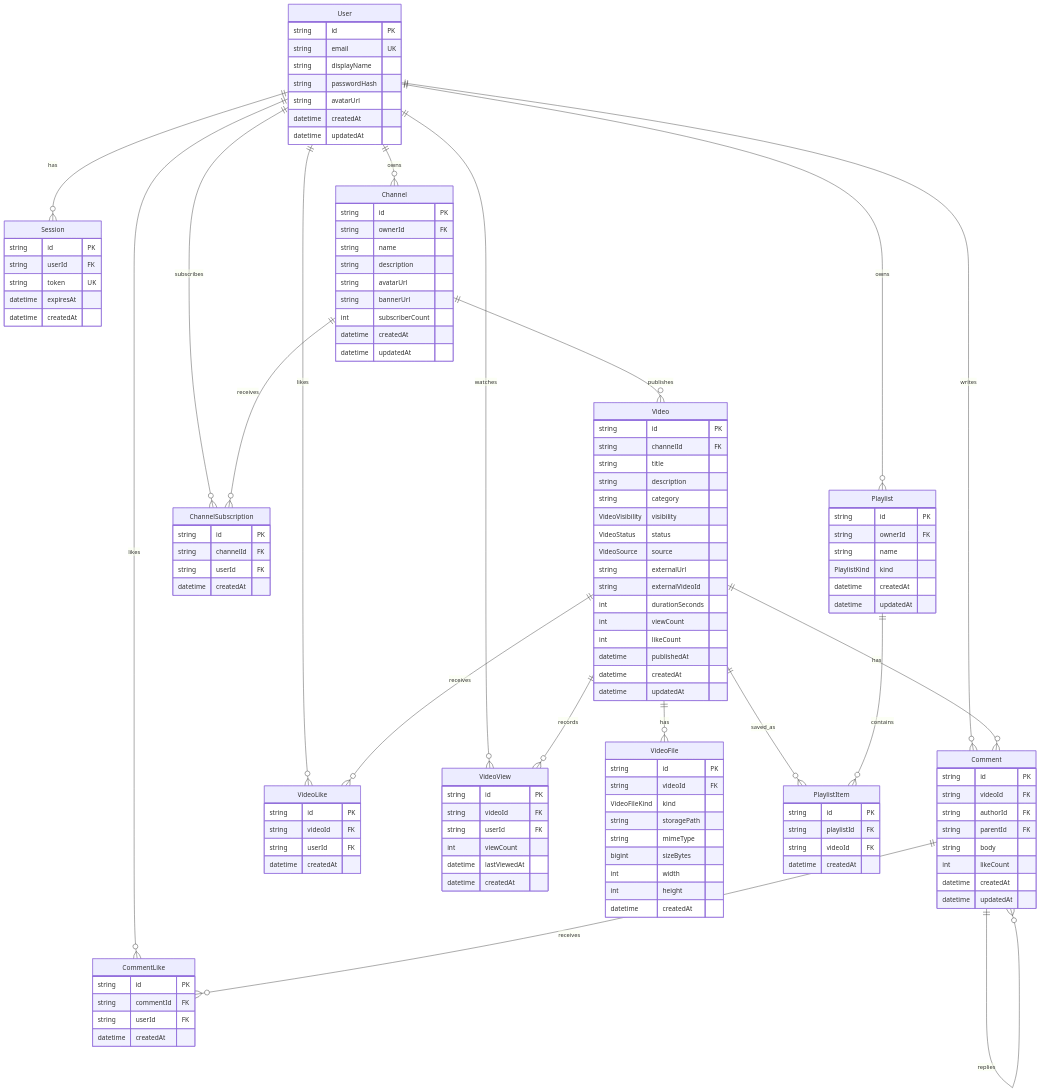
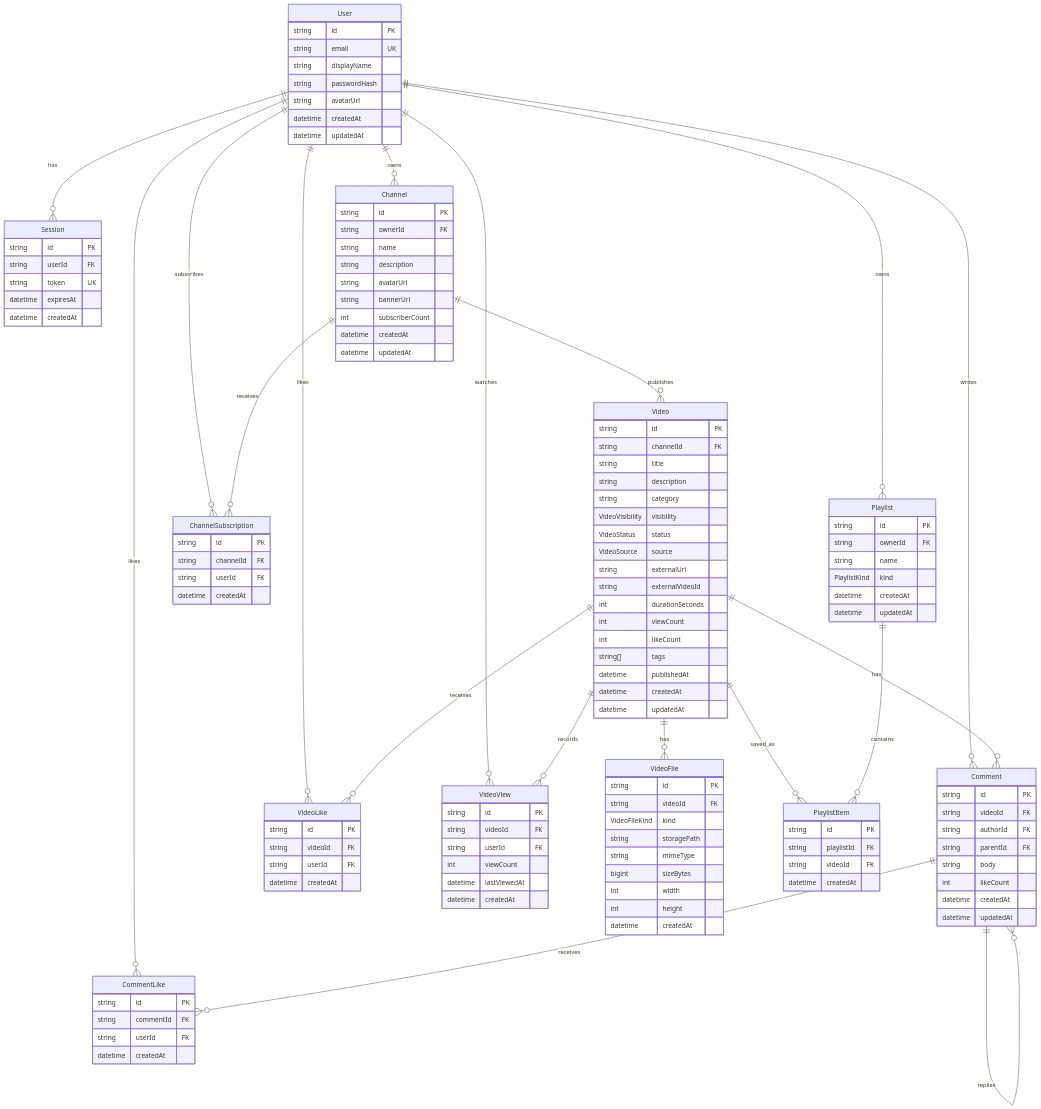
One commit to rogerthat2578/jjobtub changed the diagram in docs/database-erd.md. Above: the diagram before and after it, drawn with Mermaid. The commit also changed 16 other files, not shown here.

```diff
--- a/docs/database-erd.md
+++ b/docs/database-erd.md
@@ -72,6 +72,7 @@
     int durationSeconds
     int viewCount
     int likeCount
+    string[] tags
     datetime publishedAt
     datetime createdAt
     datetime updatedAt
```
